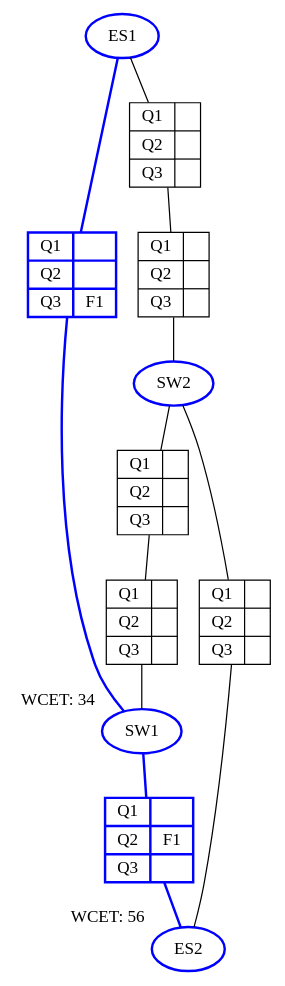
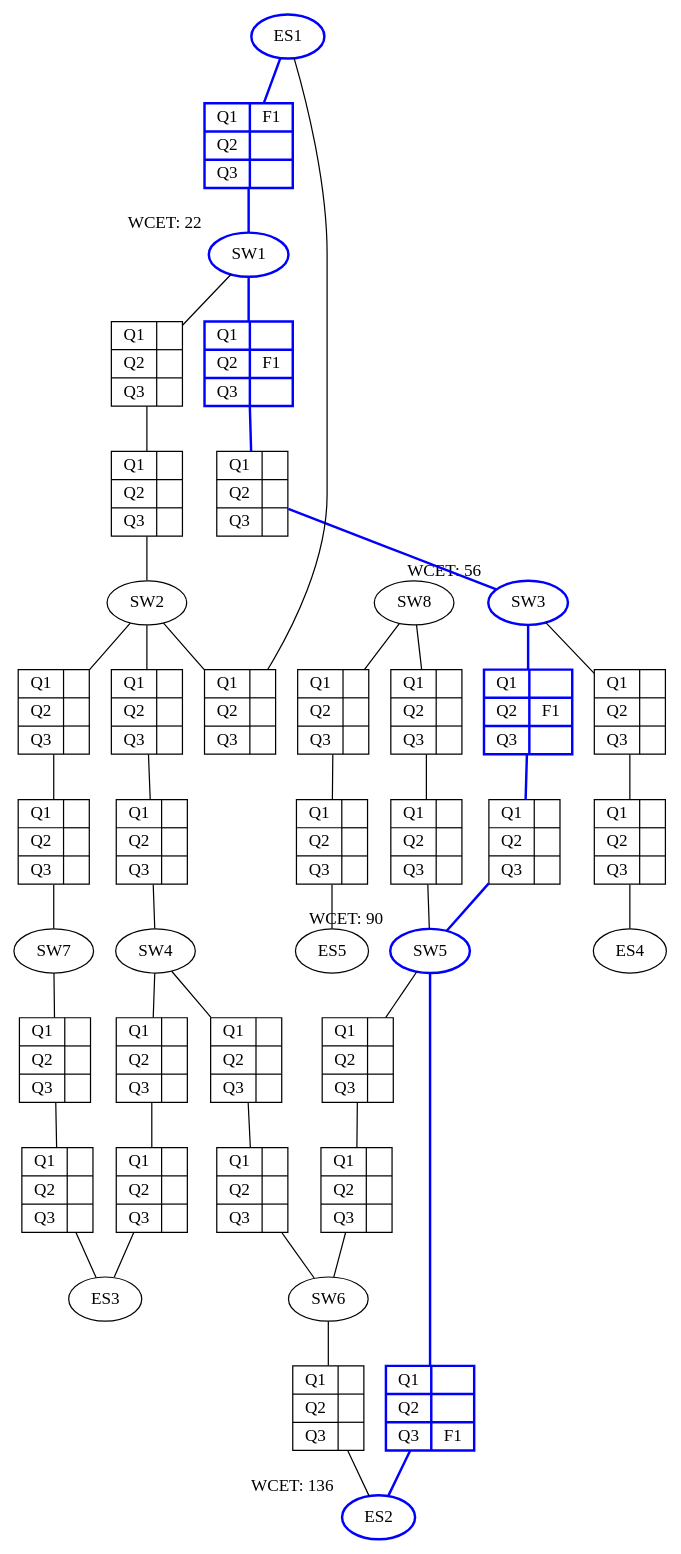
The diagram in test_output/output_F1.gv (polo123qwe/csqf2pdf), drawn with Graphviz before and after one commit. The commit also changed 4 other files, not shown here.

```diff
--- a/test_output/output_F1.gv
+++ b/test_output/output_F1.gv
@@ -1,30 +1,100 @@
 // Network Topology
 digraph {
 	ES1 [color=blue style=bold]
-	SW1 [color=blue style=bold xlabel="WCET: 34"]
-	SW1ES1 [label="{ Q1 | Q2 | Q3 } | { ||F1 }" color=blue shape=record style=bold]
+	SW1 [color=blue style=bold xlabel="WCET: 22"]
+	SW1ES1 [label="{ Q1 | Q2 | Q3 } | { F1|| }" color=blue shape=record style=bold]
 	ES1 -> SW1ES1 [arrowhead=none color=blue style=bold]
 	SW1ES1 -> SW1 [arrowhead=none color=blue style=bold]
-	SW2 [color=blue style=bold]
-	SW2ES1 [label="{ Q1 | Q2 | Q3 } | { || }" shape=record]
-	SW2ES11 [label="{ Q1 | Q2 | Q3 } | { || }" shape=record]
-	ES1 -> SW2ES1 [arrowhead=none]
-	SW2ES1 -> SW2ES11 [arrowhead=none]
-	SW2ES11 -> SW2 [arrowhead=none]
 	SW1 [color=blue style=bold]
-	ES2 [color=blue style=bold xlabel="WCET: 56"]
-	ES2SW1 [label="{ Q1 | Q2 | Q3 } | { |F1| }" color=blue shape=record style=bold]
-	SW1 -> ES2SW1 [arrowhead=none color=blue style=bold]
-	ES2SW1 -> ES2 [arrowhead=none color=blue style=bold]
 	SW2
+	SW2SW1 [label="{ Q1 | Q2 | Q3 } | { || }" shape=record]
+	SW2SW11 [label="{ Q1 | Q2 | Q3 } | { || }" shape=record]
+	SW1 -> SW2SW1 [arrowhead=none]
+	SW2SW1 -> SW2SW11 [arrowhead=none]
+	SW2SW11 -> SW2 [arrowhead=none]
+	SW3 [color=blue style=bold xlabel="WCET: 56"]
+	SW3SW1 [label="{ Q1 | Q2 | Q3 } | { |F1| }" color=blue shape=record style=bold]
+	SW1 -> SW3SW1 [arrowhead=none color=blue style=bold]
+	SW3SW1 -> SW3SW11 [arrowhead=none color=blue style=bold]
+	SW3SW11 -> SW3 [arrowhead=none color=blue style=bold]
+	SW3SW11 [label="{ Q1 | Q2 | Q3 } | { || }" shape=record]
+	SW2
+	SW4
+	SW4SW2 [label="{ Q1 | Q2 | Q3 } | { || }" shape=record]
+	SW4SW21 [label="{ Q1 | Q2 | Q3 } | { || }" shape=record]
+	SW2 -> SW4SW2 [arrowhead=none]
+	SW4SW2 -> SW4SW21 [arrowhead=none]
+	SW4SW21 -> SW4 [arrowhead=none]
+	SW7
+	SW7SW2 [label="{ Q1 | Q2 | Q3 } | { || }" shape=record]
+	SW7SW21 [label="{ Q1 | Q2 | Q3 } | { || }" shape=record]
+	SW2 -> SW7SW2 [arrowhead=none]
+	SW7SW2 -> SW7SW21 [arrowhead=none]
+	SW7SW21 -> SW7 [arrowhead=none]
+	ES1 [color=blue style=bold]
+	ES1SW2 [label="{ Q1 | Q2 | Q3 } | { || }" shape=record]
+	SW2 -> ES1SW2 [arrowhead=none]
+	ES1SW2 -> ES1 [arrowhead=none]
+	SW3 [color=blue style=bold]
+	SW5 [color=blue style=bold xlabel="WCET: 90"]
+	SW5SW3 [label="{ Q1 | Q2 | Q3 } | { |F1| }" color=blue shape=record style=bold]
+	SW3 -> SW5SW3 [arrowhead=none color=blue style=bold]
+	SW5SW3 -> SW5SW31 [arrowhead=none color=blue style=bold]
+	SW5SW31 -> SW5 [arrowhead=none color=blue style=bold]
+	SW5SW31 [label="{ Q1 | Q2 | Q3 } | { || }" shape=record]
+	ES4
+	ES4SW3 [label="{ Q1 | Q2 | Q3 } | { || }" shape=record]
+	ES4SW31 [label="{ Q1 | Q2 | Q3 } | { || }" shape=record]
+	SW3 -> ES4SW3 [arrowhead=none]
+	ES4SW3 -> ES4SW31 [arrowhead=none]
+	ES4SW31 -> ES4 [arrowhead=none]
+	SW4
+	SW6
+	SW6SW4 [label="{ Q1 | Q2 | Q3 } | { || }" shape=record]
+	SW6SW41 [label="{ Q1 | Q2 | Q3 } | { || }" shape=record]
+	SW4 -> SW6SW4 [arrowhead=none]
+	SW6SW4 -> SW6SW41 [arrowhead=none]
+	SW6SW41 -> SW6 [arrowhead=none]
+	ES3
+	ES3SW4 [label="{ Q1 | Q2 | Q3 } | { || }" shape=record]
+	ES3SW41 [label="{ Q1 | Q2 | Q3 } | { || }" shape=record]
+	SW4 -> ES3SW4 [arrowhead=none]
+	ES3SW4 -> ES3SW41 [arrowhead=none]
+	ES3SW41 -> ES3 [arrowhead=none]
+	SW5 [color=blue style=bold]
+	SW6
+	SW6SW5 [label="{ Q1 | Q2 | Q3 } | { || }" shape=record]
+	SW6SW51 [label="{ Q1 | Q2 | Q3 } | { || }" shape=record]
+	SW5 -> SW6SW5 [arrowhead=none]
+	SW6SW5 -> SW6SW51 [arrowhead=none]
+	SW6SW51 -> SW6 [arrowhead=none]
+	ES2 [color=blue style=bold xlabel="WCET: 136"]
+	ES2SW5 [label="{ Q1 | Q2 | Q3 } | { ||F1 }" color=blue shape=record style=bold]
+	SW5 -> ES2SW5 [arrowhead=none color=blue style=bold]
+	ES2SW5 -> ES2 [arrowhead=none color=blue style=bold]
+	SW6
 	ES2 [color=blue style=bold]
-	ES2SW2 [label="{ Q1 | Q2 | Q3 } | { || }" shape=record]
-	SW2 -> ES2SW2 [arrowhead=none]
-	ES2SW2 -> ES2 [arrowhead=none]
-	SW1 [color=blue style=bold]
-	SW1SW2 [label="{ Q1 | Q2 | Q3 } | { || }" shape=record]
-	SW2 -> SW1SW2 [arrowhead=none]
-	SW1SW2 -> SW1SW21 [arrowhead=none]
-	SW1SW21 -> SW1 [arrowhead=none]
-	SW1SW21 [label="{ Q1 | Q2 | Q3 } | { || }" shape=record]
+	ES2SW6 [label="{ Q1 | Q2 | Q3 } | { || }" shape=record]
+	SW6 -> ES2SW6 [arrowhead=none]
+	ES2SW6 -> ES2 [arrowhead=none]
+	SW7
+	ES3
+	ES3SW7 [label="{ Q1 | Q2 | Q3 } | { || }" shape=record]
+	ES3SW71 [label="{ Q1 | Q2 | Q3 } | { || }" shape=record]
+	SW7 -> ES3SW7 [arrowhead=none]
+	ES3SW7 -> ES3SW71 [arrowhead=none]
+	ES3SW71 -> ES3 [arrowhead=none]
+	SW8
+	SW5 [color=blue style=bold]
+	SW5SW8 [label="{ Q1 | Q2 | Q3 } | { || }" shape=record]
+	SW8 -> SW5SW8 [arrowhead=none]
+	SW5SW8 -> SW5SW81 [arrowhead=none]
+	SW5SW81 -> SW5 [arrowhead=none]
+	SW5SW81 [label="{ Q1 | Q2 | Q3 } | { || }" shape=record]
+	ES5
+	ES5SW8 [label="{ Q1 | Q2 | Q3 } | { || }" shape=record]
+	ES5SW81 [label="{ Q1 | Q2 | Q3 } | { || }" shape=record]
+	SW8 -> ES5SW8 [arrowhead=none]
+	ES5SW8 -> ES5SW81 [arrowhead=none]
+	ES5SW81 -> ES5 [arrowhead=none]
 }
```
